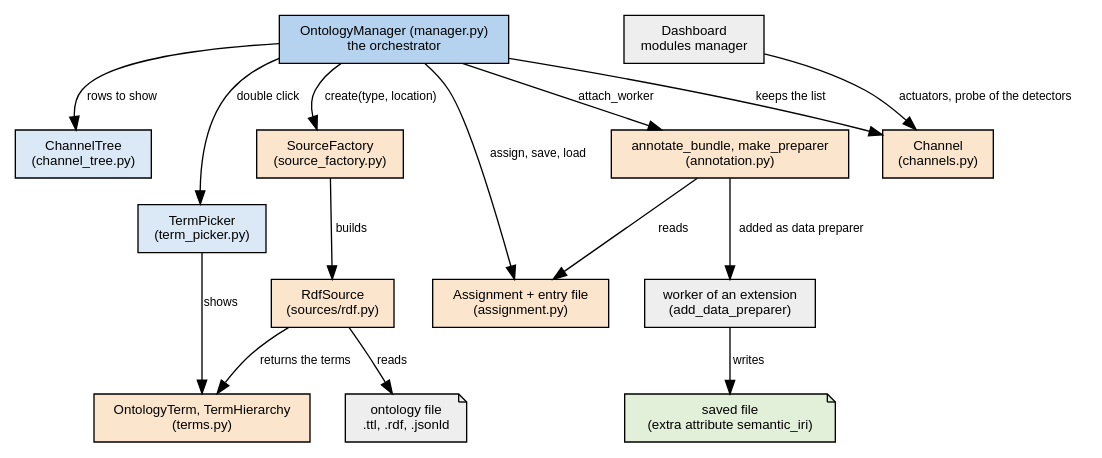
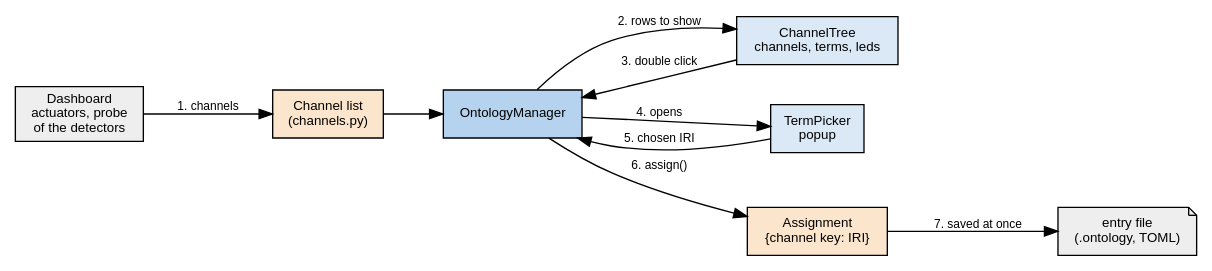
One commit to PyMoDAQ/PyMoDAQ changed the second of 5 diagrams in docs/src/developer_folder/ontology_manager.rst. Above: the diagram before and after it, drawn with Graphviz. The commit also changed other lines of this file, not shown here.

First line of the commit message:
docs: split the overview diagram of the ontology manager into three step-by-step diagrams

```diff
--- a/docs/src/developer_folder/ontology_manager.rst
+++ b/docs/src/developer_folder/ontology_manager.rst
@@ -71,27 +101,22 @@
 .. graphviz::
-   :caption: The objects of the package and what they use (arrows read "uses")
+   :caption: From the instruments of the Dashboard to the entry file
 
-   digraph pieces {
-     rankdir=TB; nodesep=0.35; ranksep=0.55; node [shape=box, fontname="Helvetica", fontsize=10, style=filled];
+   digraph assigning {
+     rankdir=LR; nodesep=0.4; ranksep=0.6; node [shape=box, fontname="Helvetica", fontsize=10, style=filled];
      edge [fontname="Helvetica", fontsize=9];
-     mgr [label="OntologyManager (manager.py)\nthe orchestrator", fillcolor="#b5d3ee"];
-     tree [label="ChannelTree\n(channel_tree.py)", fillcolor="#dbe9f6"];
-     picker [label="TermPicker\n(term_picker.py)", fillcolor="#dbe9f6"];
-     factory [label="SourceFactory\n(source_factory.py)", fillcolor="#fbe5cc"];
-     assign [label="Assignment + entry file\n(assignment.py)", fillcolor="#fbe5cc"];
-     annot [label="annotate_bundle, make_preparer\n(annotation.py)", fillcolor="#fbe5cc"];
-     chan [label="Channel\n(channels.py)", fillcolor="#fbe5cc"];
-     src [label="RdfSource\n(sources/rdf.py)", fillcolor="#fbe5cc"];
-     term [label="OntologyTerm, TermHierarchy\n(terms.py)", fillcolor="#fbe5cc"];
-     ontology [label="ontology file\n.ttl, .rdf, .jsonld", shape=note, fillcolor="#eeeeee"];
-     dash [label="Dashboard\nmodules manager", fillcolor="#eeeeee"];
-     worker [label="worker of an extension\n(add_data_preparer)", fillcolor="#eeeeee"];
-     h5 [label="saved file\n(extra attribute semantic_iri)", shape=note, fillcolor="#e2f0d9"];
-     mgr -> tree [label="rows to show"]; mgr -> picker [label="double click"];
-     mgr -> factory [label="create(type, location)"]; mgr -> assign [label="assign, save, load"];
-     mgr -> annot [label="attach_worker"]; mgr -> chan [label="keeps the list"];
-     factory -> src [label="builds"]; src -> ontology [label="reads"]; src -> term [label="returns the terms"];
-     picker -> term [label="shows"]; dash -> chan [label="actuators, probe of the detectors", constraint=false];
-     annot -> assign [label="reads"]; annot -> worker [label="added as data preparer"];
-     worker -> h5 [label="writes"];
+     dash [label="Dashboard\nactuators, probe\nof the detectors", fillcolor="#eeeeee"];
+     chan [label="Channel list\n(channels.py)", fillcolor="#fbe5cc"];
+     mgr [label="OntologyManager", fillcolor="#b5d3ee"];
+     tree [label="ChannelTree\nchannels, terms, leds", fillcolor="#dbe9f6"];
+     picker [label="TermPicker\npopup", fillcolor="#dbe9f6"];
+     assign [label="Assignment\n{channel key: IRI}", fillcolor="#fbe5cc"];
+     entry [label="entry file\n(.ontology, TOML)", shape=note, fillcolor="#eeeeee"];
+     dash -> chan [label="1. channels"];
+     chan -> mgr;
+     mgr -> tree [label="2. rows to show"];
+     tree -> mgr [label="3. double click"];
+     mgr -> picker [label="4. opens"];
+     picker -> mgr [label="5. chosen IRI"];
+     mgr -> assign [label="6. assign()"];
+     assign -> entry [label="7. saved at once"];
    }
```
